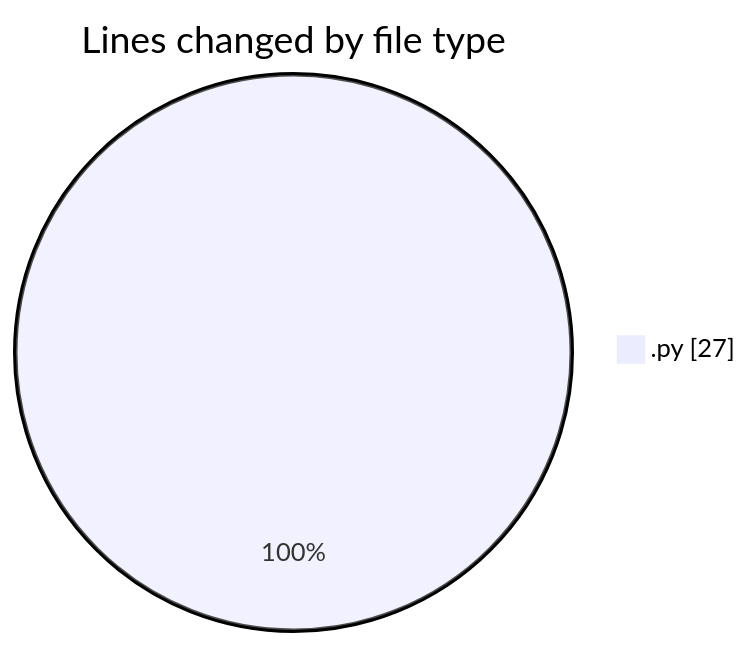
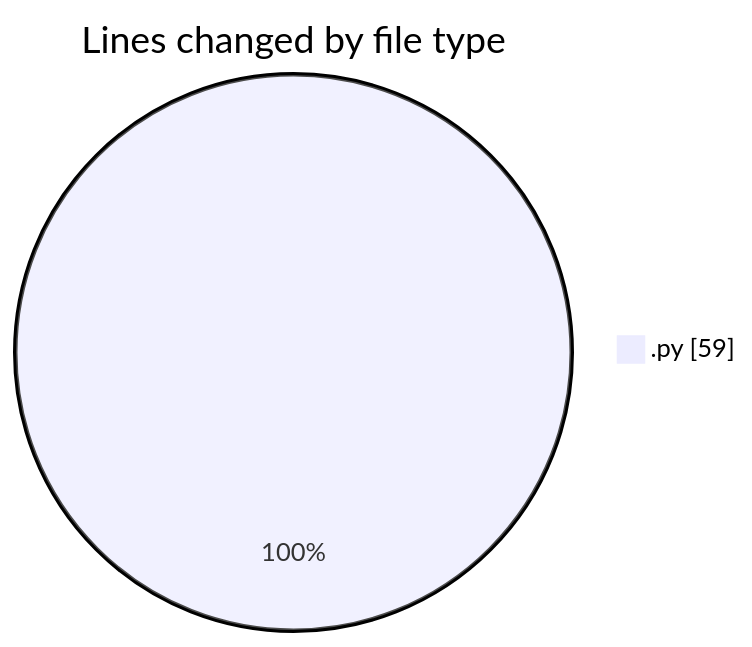
Before and after one commit to julien-gomy/code-tracking: the first of 2 diagrams in 2025-10-11/eventscop-api-guide__workspace_/README.md, drawn with Mermaid. The commit also changed other lines of this file and 1 other file, not shown here.

````diff
--- a/2025-10-11/eventscop-api-guide__workspace_/README.md
+++ b/2025-10-11/eventscop-api-guide__workspace_/README.md
@@ -20,5 +20,5 @@
 ```mermaid
 pie showData
 title Lines changed by file type
-".py" : 27
+".py" : 59
 ```
````
